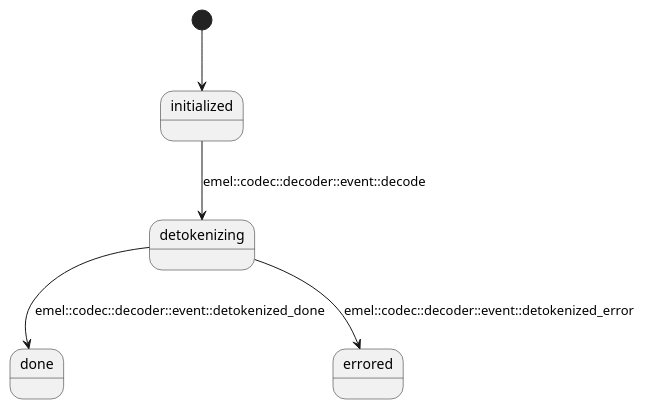
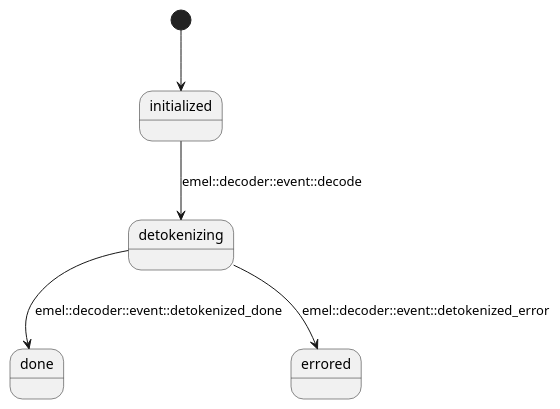
The diagram in docs/architecture/puml/decoder.puml (stateforward/emel.cpp), drawn with PlantUML before and after one commit. The commit also changed 73 other files, not shown here.

```diff
--- a/docs/architecture/puml/decoder.puml
+++ b/docs/architecture/puml/decoder.puml
@@ -1,8 +1,8 @@
 @startuml
 
 [*] --> initialized
-initialized --> detokenizing : emel::codec::decoder::event::decode
-detokenizing --> done : emel::codec::decoder::event::detokenized_done
-detokenizing --> errored : emel::codec::decoder::event::detokenized_error
+initialized --> detokenizing : emel::decoder::event::decode
+detokenizing --> done : emel::decoder::event::detokenized_done
+detokenizing --> errored : emel::decoder::event::detokenized_error
 
 @enduml
```
